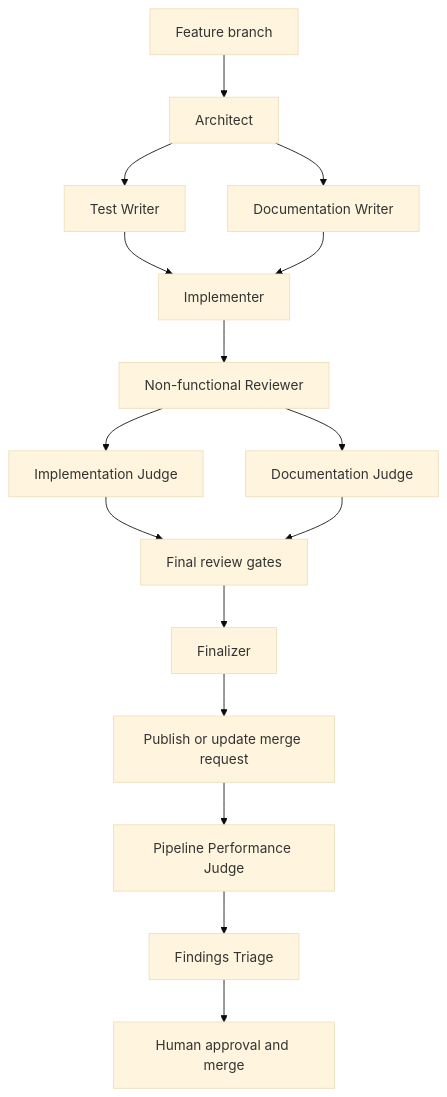
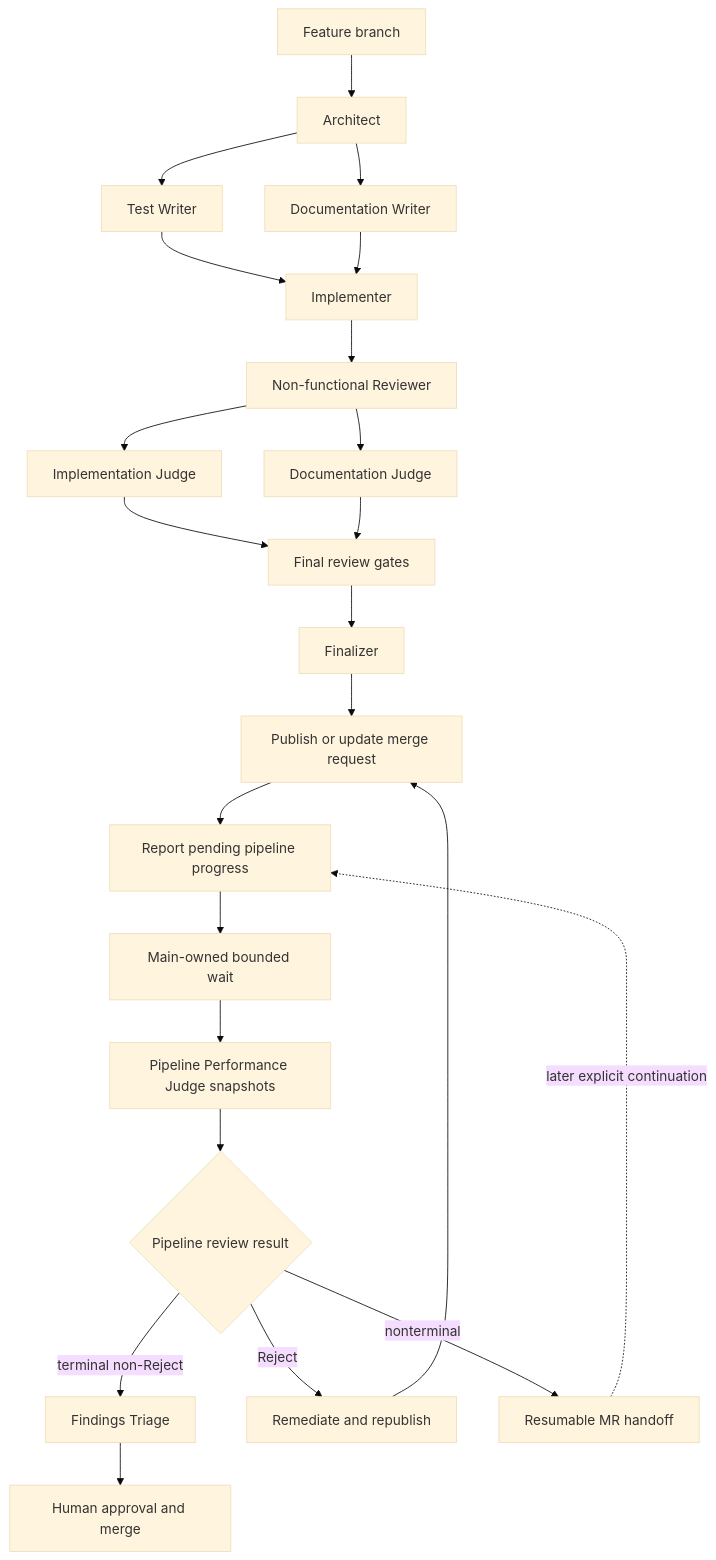
One commit to dfwguy/nvis-ova-agentic-copier changed the diagram in docs/explanation/agentic-workflow.md. Above: the diagram before and after it, drawn with Mermaid (base theme). The commit also changed other lines of this file and 15 other files, not shown here.

Commit message:
Wait for terminal MR pipeline review

````diff
--- a/docs/explanation/agentic-workflow.md
+++ b/docs/explanation/agentic-workflow.md
@@ -67,18 +67,25 @@
 ```mermaid
 flowchart TD
     branch[Feature branch] --> architect[Architect]
     architect --> tests[Test Writer]
     architect --> docs[Documentation Writer]
     tests --> implementer[Implementer]
     docs --> implementer
     implementer --> nonfunctional[Non-functional Reviewer]
     nonfunctional --> implementation[Implementation Judge]
     nonfunctional --> documentation[Documentation Judge]
     implementation --> final_gates[Final review gates]
     documentation --> final_gates
     final_gates --> finalizer[Finalizer]
     finalizer --> mr[Publish or update merge request]
-    mr --> performance[Pipeline Performance Judge]
-    performance --> triage[Findings Triage]
+    mr --> pending[Report pending pipeline progress]
+    pending --> wait[Main-owned bounded wait]
+    wait --> performance[Pipeline Performance Judge snapshots]
+    performance --> verdict{Pipeline review result}
+    verdict -->|terminal non-Reject| triage[Findings Triage]
+    verdict -->|Reject| remediate[Remediate and republish]
+    remediate --> mr
+    verdict -->|nonterminal| resume[Resumable MR handoff]
+    resume -. later explicit continuation .-> pending
     triage --> human[Human approval and merge]
 ```
````
